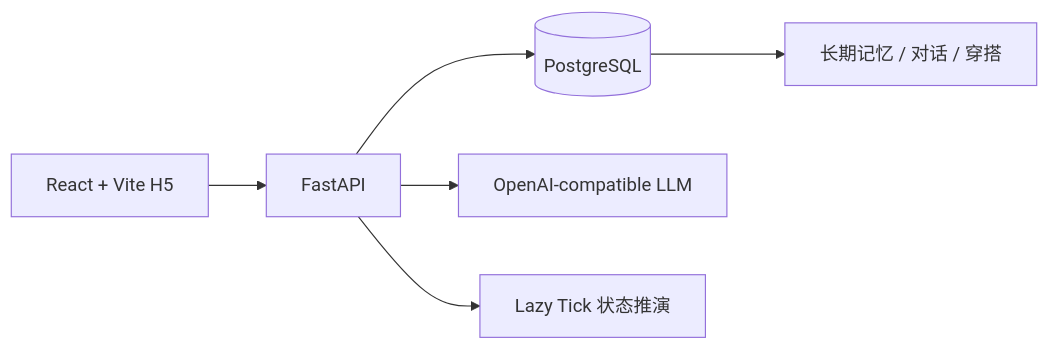
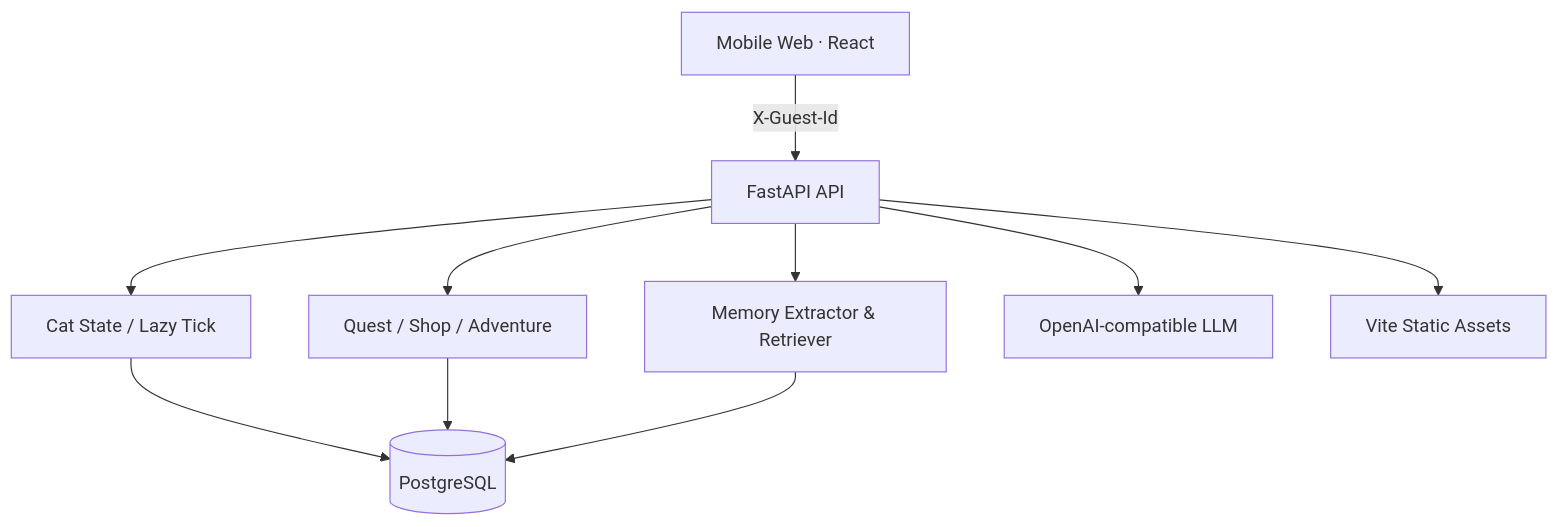
Before and after one commit to Sinera-kiki/meowlog-ai-companion: the second of 2 diagrams in README.md, drawn with Mermaid. The commit also changed other lines of this file and 11 other files, not shown here.

````diff
--- a/README.md
+++ b/README.md
@@ -23,8 +92,12 @@
 ```mermaid
-flowchart LR
-    UI[React + Vite H5] --> API[FastAPI]
-    API --> DB[(PostgreSQL)]
+flowchart TB
+    Browser[Mobile Web · React] -->|X-Guest-Id| API[FastAPI API]
+    API --> Cat[Cat State / Lazy Tick]
+    API --> Game[Quest / Shop / Adventure]
+    API --> Memory[Memory Extractor & Retriever]
     API --> LLM[OpenAI-compatible LLM]
-    API --> SIM[Lazy Tick 状态推演]
-    DB --> MEM[长期记忆 / 对话 / 穿搭]
+    Cat --> PG[(PostgreSQL)]
+    Game --> PG
+    Memory --> PG
+    API --> Static[Vite Static Assets]
 ```
````
